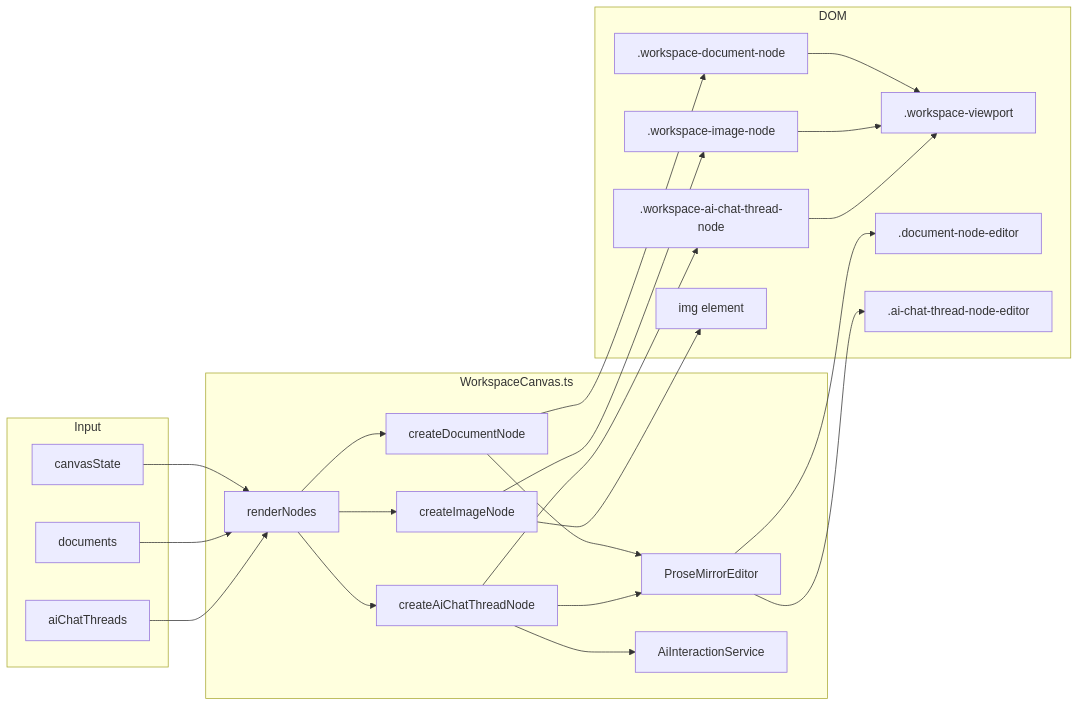
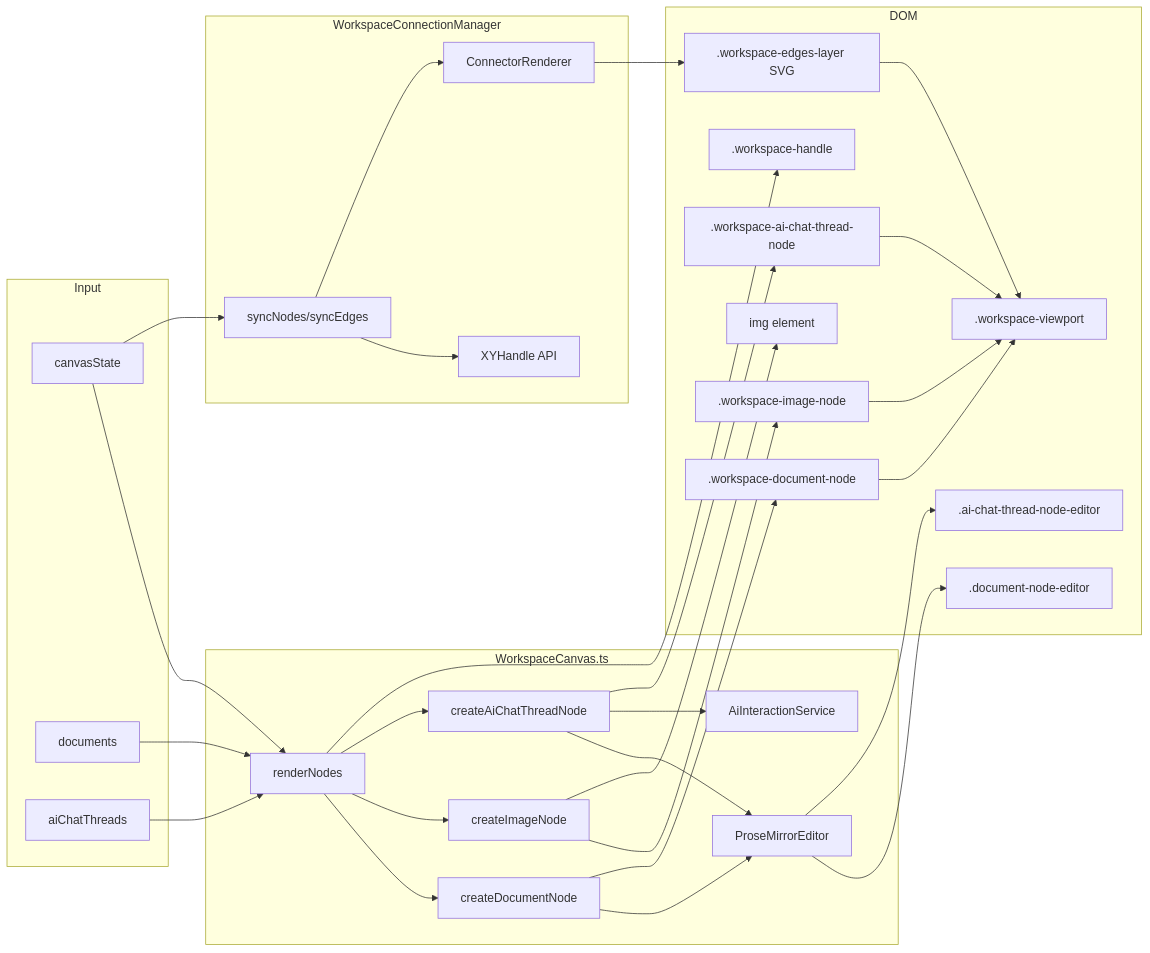
One commit to Lixpi/lixpi changed the eighth of 16 diagrams in documentation/features/WORKSPACE-FEATURE.md. Above: the diagram before and after it, drawn with Mermaid. The commit also changed other lines of this file and 101 other files, not shown here.

````diff
--- a/documentation/features/WORKSPACE-FEATURE.md
+++ b/documentation/features/WORKSPACE-FEATURE.md
@@ -360,46 +379,60 @@
 ```mermaid
 flowchart LR
     subgraph Input
         CS[canvasState]
         DOCS[documents]
         THREADS[aiChatThreads]
     end
 
     subgraph WorkspaceCanvas.ts
         RN[renderNodes]
         CDN[createDocumentNode]
         CIN[createImageNode]
         CTN[createAiChatThreadNode]
         PM[ProseMirrorEditor]
         AIS[AiInteractionService]
     end
 
+    subgraph ConnectionManager["WorkspaceConnectionManager"]
+        WCM[syncNodes/syncEdges]
+        XYH[XYHandle API]
+        CR[ConnectorRenderer]
+    end
+
     subgraph DOM
         VP[.workspace-viewport]
+        EDGES[.workspace-edges-layer SVG]
         DOCNODES[.workspace-document-node]
         IMGNODES[.workspace-image-node]
         THREADNODES[.workspace-ai-chat-thread-node]
+        HANDLES[.workspace-handle]
         ED[.document-node-editor]
         TED[.ai-chat-thread-node-editor]
         IMG[img element]
     end
 
     CS --> RN
+    CS --> WCM
     DOCS --> RN
     THREADS --> RN
     RN --> CDN
     RN --> CIN
     RN --> CTN
+    RN --> HANDLES
     CDN --> PM
     CTN --> PM
     CTN --> AIS
     CDN --> DOCNODES
     CIN --> IMGNODES
     CTN --> THREADNODES
     DOCNODES --> VP
     IMGNODES --> VP
     THREADNODES --> VP
+    WCM --> XYH
+    WCM --> CR
+    CR --> EDGES
+    EDGES --> VP
     PM --> ED
     PM --> TED
     CIN --> IMG
 ```
````
